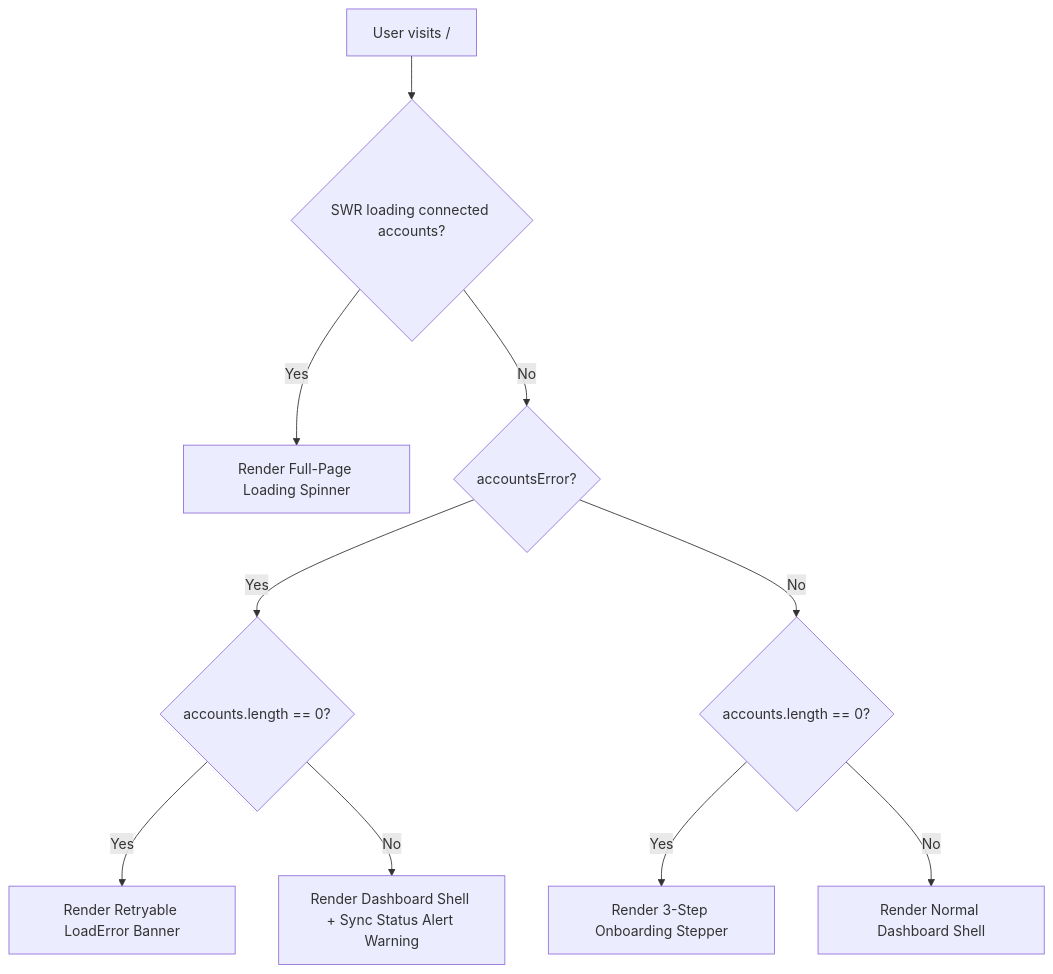
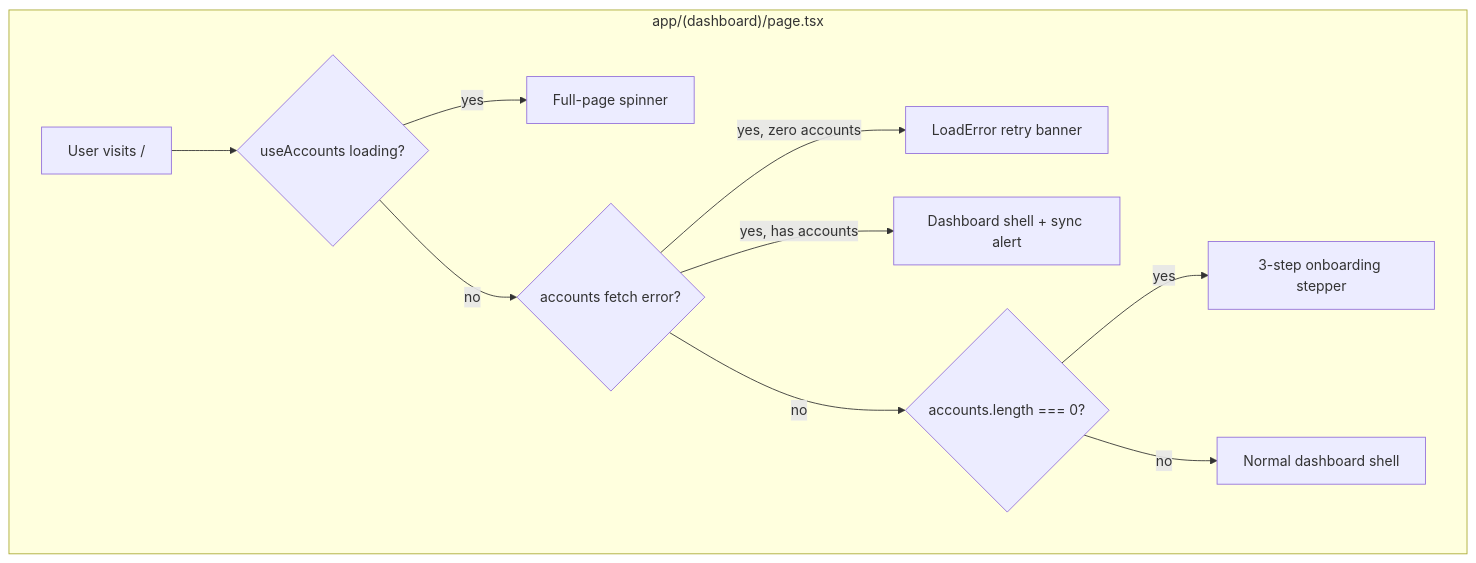
Before and after one commit to Jainam2848/ReelMetrics: the first of 2 diagrams in docs/onboarding-flow.md, drawn with Mermaid. The commit also changed other lines of this file and 7 other files, not shown here.

First line of the commit message:
docs: align Mermaid diagrams across docs, spec, and playbook

````diff
--- a/docs/onboarding-flow.md
+++ b/docs/onboarding-flow.md
@@ -15,14 +19,13 @@
 ```mermaid
-graph TD
-    A[User visits /] --> B{SWR loading connected accounts?}
-    B -- Yes --> C[Render Full-Page Loading Spinner]
-    B -- No --> D{accountsError?}
-    
-    D -- Yes --> E{accounts.length == 0?}
-    E -- Yes --> F[Render Retryable LoadError Banner]
-    E -- No --> G[Render Dashboard Shell + Sync Status Alert Warning]
-    
-    D -- No --> H{accounts.length == 0?}
-    H -- Yes --> I[Render 3-Step Onboarding Stepper]
-    H -- No --> J[Render Normal Dashboard Shell]
+flowchart TB
+    subgraph Client["app/(dashboard)/page.tsx"]
+        A[User visits /] --> B{useAccounts loading?}
+        B -->|yes| C[Full-page spinner]
+        B -->|no| D{accounts fetch error?}
+        D -->|yes, zero accounts| F[LoadError retry banner]
+        D -->|yes, has accounts| G[Dashboard shell + sync alert]
+        D -->|no| H{accounts.length === 0?}
+        H -->|yes| I[3-step onboarding stepper]
+        H -->|no| J[Normal dashboard shell]
+    end
 ```
````
